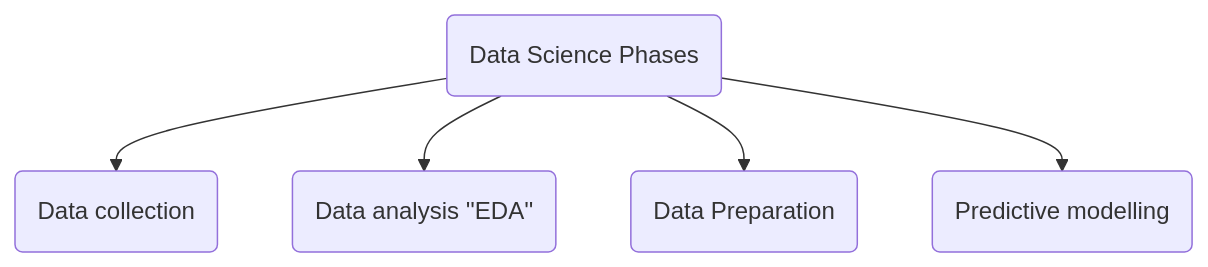
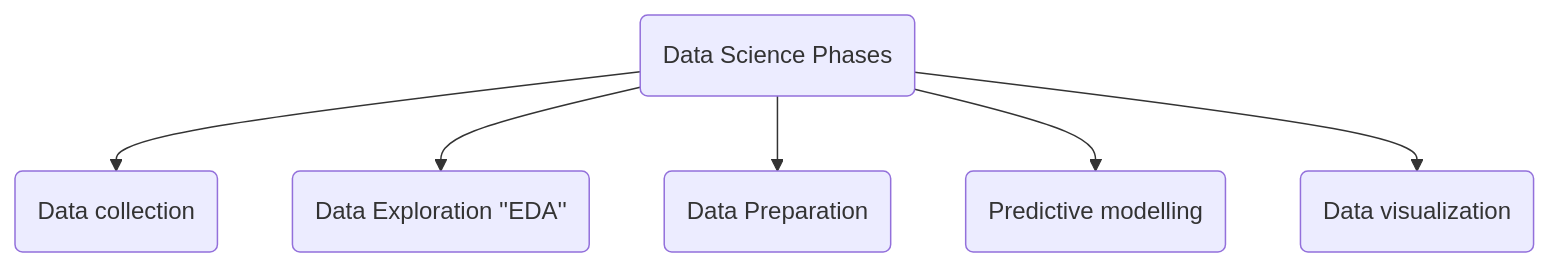
The diagram in README.md (GarciaEijo/data-science), drawn with Mermaid before and after one commit. The commit also changed other lines of this file, not shown here.

````diff
--- a/README.md
+++ b/README.md
@@ -7,9 +7,10 @@
 ```mermaid
 graph TD
 
 A(Data Science Phases) --> B(Data collection)
-A --> C(Data analysis ''EDA'')
+A --> C(Data Exploration ''EDA'')
 A --> D(Data Preparation)
 A --> E(Predictive modelling)
+A --> F(Data visualization)
 
 ```
````
